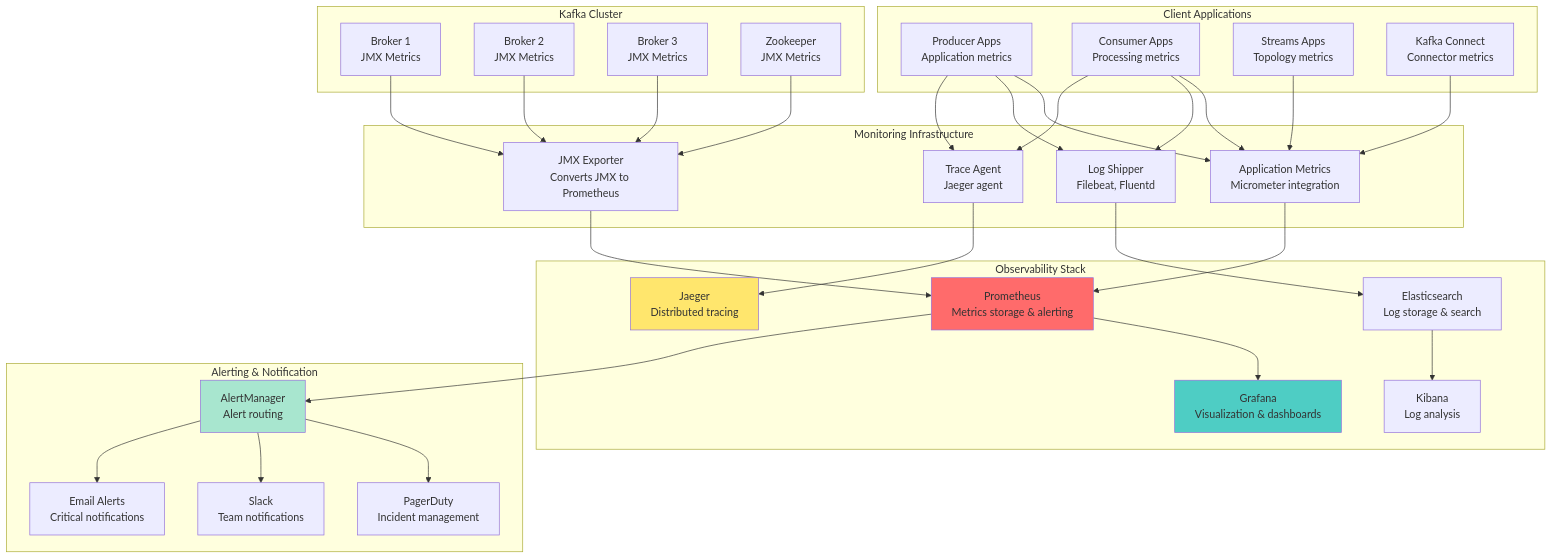
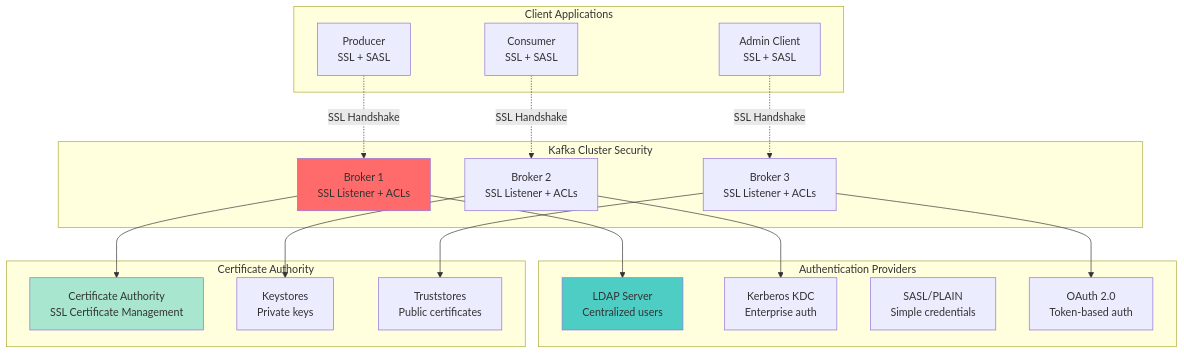
The second of 9 diagrams in class/modules/lesson_19/concept.md (vorrawut/KafkaStarter), drawn with Mermaid before and after one commit. The commit also changed other lines of this file and 204 other files, not shown here.

````diff
--- a/class/modules/lesson_19/concept.md
+++ b/class/modules/lesson_19/concept.md
@@ -70,71 +47,43 @@
 ```mermaid
 graph TB
-    subgraph "Kafka Cluster"
-        BROKER1[Broker 1<br/>JMX Metrics]
-        BROKER2[Broker 2<br/>JMX Metrics]
-        BROKER3[Broker 3<br/>JMX Metrics]
-        ZK[Zookeeper<br/>JMX Metrics]
+    subgraph "Client Applications"
+        PRODUCER[Producer<br/>SSL + SASL]
+        CONSUMER[Consumer<br/>SSL + SASL]
+        ADMIN[Admin Client<br/>SSL + SASL]
     end
     
-    subgraph "Client Applications"
-        PRODUCER[Producer Apps<br/>Application metrics]
-        CONSUMER[Consumer Apps<br/>Processing metrics]
-        STREAMS[Streams Apps<br/>Topology metrics]
-        CONNECT[Kafka Connect<br/>Connector metrics]
+    subgraph "Kafka Cluster Security"
+        BROKER1[Broker 1<br/>SSL Listener + ACLs]
+        BROKER2[Broker 2<br/>SSL Listener + ACLs]
+        BROKER3[Broker 3<br/>SSL Listener + ACLs]
     end
     
-    subgraph "Monitoring Infrastructure"
-        JMX_EXPORTER[JMX Exporter<br/>Converts JMX to Prometheus]
-        APP_METRICS[Application Metrics<br/>Micrometer integration]
-        LOG_SHIPPER[Log Shipper<br/>Filebeat, Fluentd]
-        TRACE_AGENT[Trace Agent<br/>Jaeger agent]
+    subgraph "Authentication Providers"
+        LDAP[LDAP Server<br/>Centralized users]
+        KERBEROS[Kerberos KDC<br/>Enterprise auth]
+        PLAIN[SASL/PLAIN<br/>Simple credentials]
+        OAUTH[OAuth 2.0<br/>Token-based auth]
     end
     
-    subgraph "Observability Stack"
-        PROMETHEUS[Prometheus<br/>Metrics storage & alerting]
-        GRAFANA[Grafana<br/>Visualization & dashboards]
-        ELASTICSEARCH[Elasticsearch<br/>Log storage & search]
-        KIBANA[Kibana<br/>Log analysis]
-        JAEGER[Jaeger<br/>Distributed tracing]
+    subgraph "Certificate Authority"
+        CA[Certificate Authority<br/>SSL Certificate Management]
+        KEYSTORE[Keystores<br/>Private keys]
+        TRUSTSTORE[Truststores<br/>Public certificates]
     end
     
-    subgraph "Alerting & Notification"
-        ALERT_MANAGER[AlertManager<br/>Alert routing]
-        PAGERDUTY[PagerDuty<br/>Incident management]
-        SLACK[Slack<br/>Team notifications]
-        EMAIL[Email Alerts<br/>Critical notifications]
-    end
+    PRODUCER -.->|SSL Handshake| BROKER1
+    CONSUMER -.->|SSL Handshake| BROKER2
+    ADMIN -.->|SSL Handshake| BROKER3
     
-    BROKER1 --> JMX_EXPORTER
-    BROKER2 --> JMX_EXPORTER
-    BROKER3 --> JMX_EXPORTER
-    ZK --> JMX_EXPORTER
+    BROKER1 --> LDAP
+    BROKER2 --> KERBEROS
+    BROKER3 --> OAUTH
     
-    PRODUCER --> APP_METRICS
-    CONSUMER --> APP_METRICS
-    STREAMS --> APP_METRICS
-    CONNECT --> APP_METRICS
+    BROKER1 --> CA
+    BROKER2 --> KEYSTORE
+    BROKER3 --> TRUSTSTORE
     
-    PRODUCER --> LOG_SHIPPER
-    CONSUMER --> LOG_SHIPPER
-    PRODUCER --> TRACE_AGENT
-    CONSUMER --> TRACE_AGENT
-    
-    JMX_EXPORTER --> PROMETHEUS
-    APP_METRICS --> PROMETHEUS
-    LOG_SHIPPER --> ELASTICSEARCH
-    TRACE_AGENT --> JAEGER
-    
-    PROMETHEUS --> GRAFANA
-    PROMETHEUS --> ALERT_MANAGER
-    ELASTICSEARCH --> KIBANA
-    
-    ALERT_MANAGER --> PAGERDUTY
-    ALERT_MANAGER --> SLACK
-    ALERT_MANAGER --> EMAIL
-    
-    style PROMETHEUS fill:#ff6b6b
-    style GRAFANA fill:#4ecdc4
-    style ALERT_MANAGER fill:#a8e6cf
-    style JAEGER fill:#ffe66d
+    style BROKER1 fill:#ff6b6b
+    style LDAP fill:#4ecdc4
+    style CA fill:#a8e6cf
 ```
````
